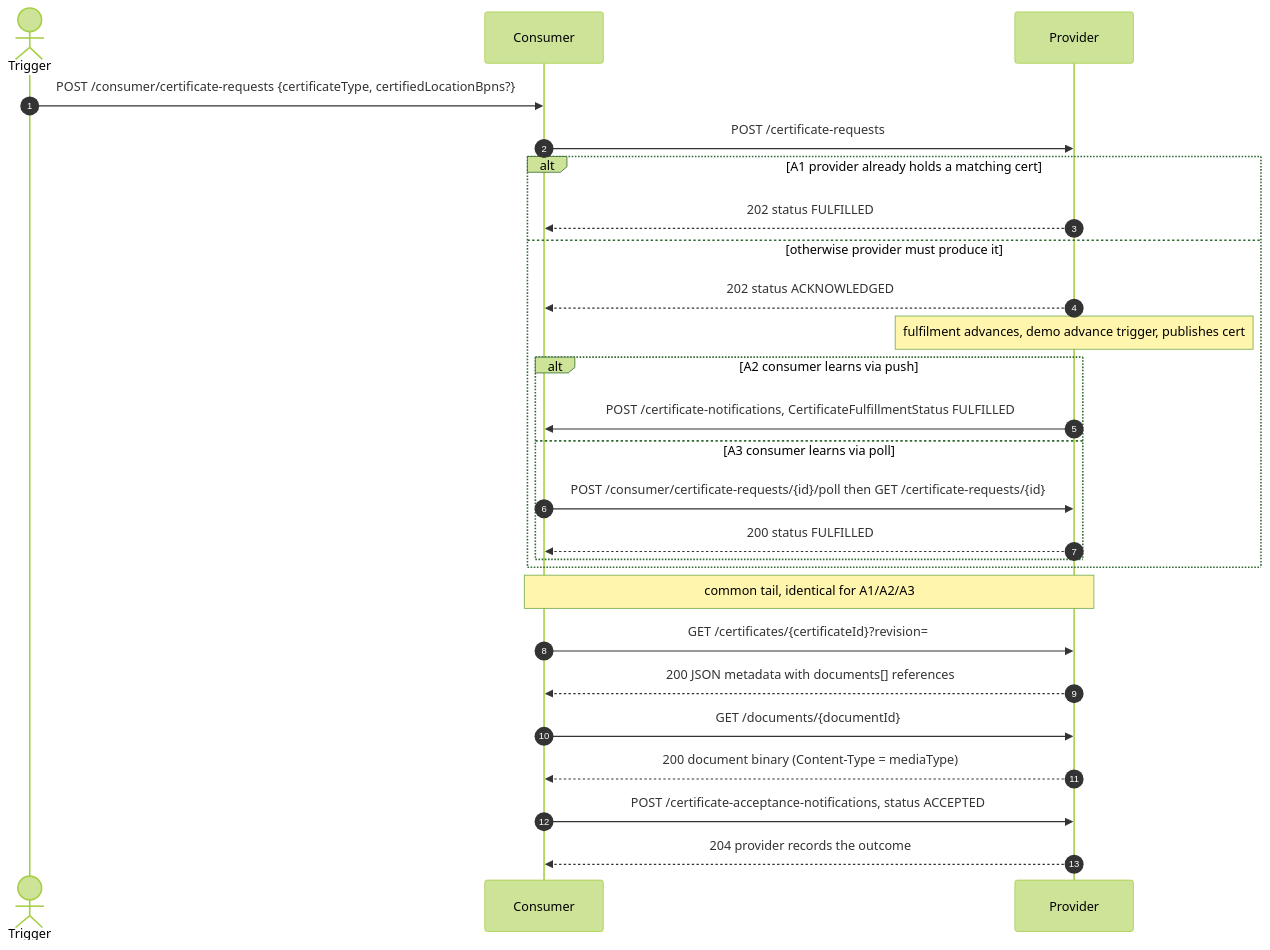
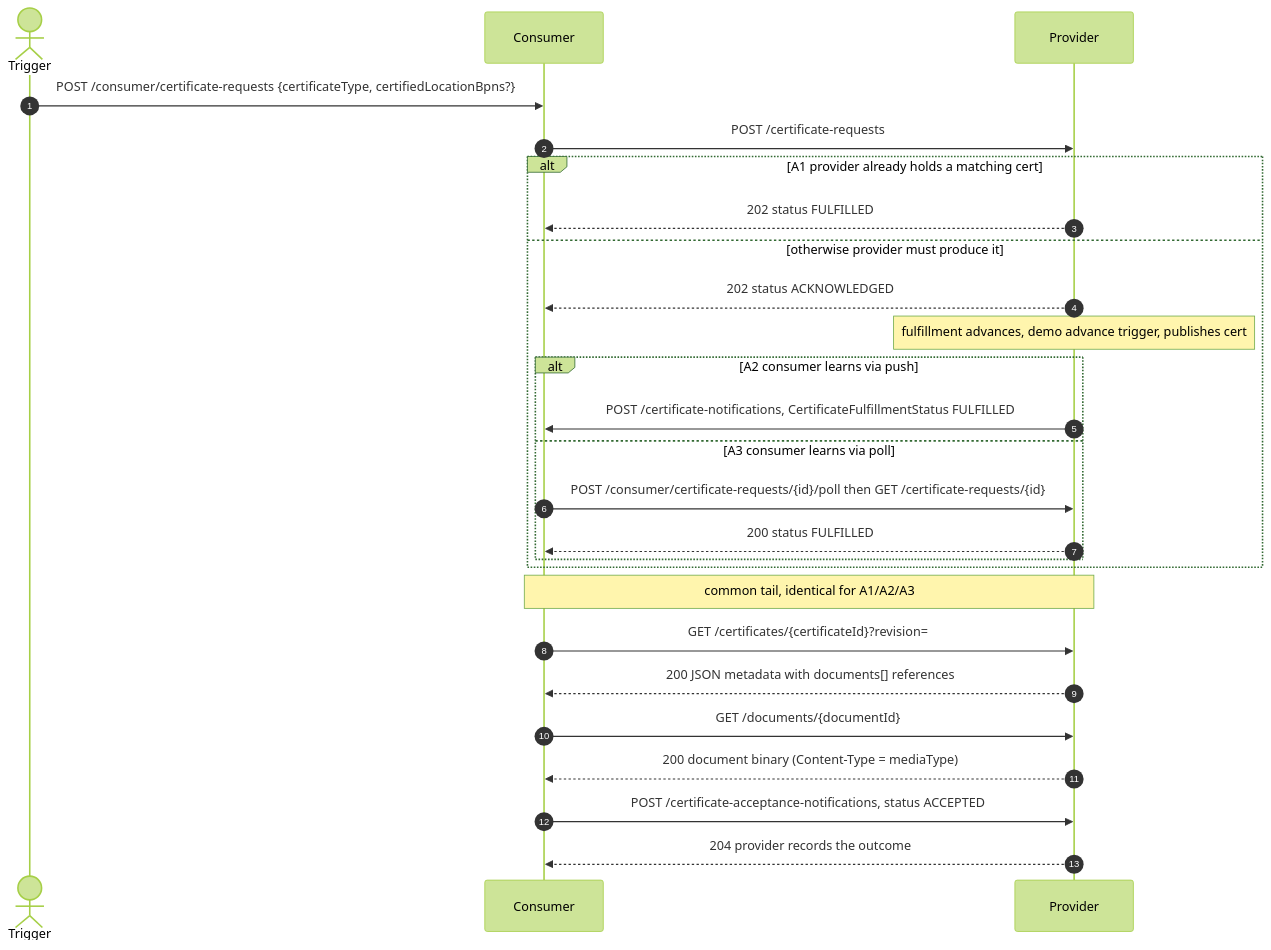
Before and after one commit to Metaform/certo: the second of 5 diagrams in docs/FLOWS.md, drawn with Mermaid (forest theme). The commit also changed other lines of this file and 79 other files, not shown here.

````diff
--- a/docs/FLOWS.md
+++ b/docs/FLOWS.md
@@ -84,28 +84,28 @@
 ```mermaid
 sequenceDiagram
     autonumber
     actor T as Trigger
     participant C as Consumer
     participant P as Provider
     T->>C: POST /consumer/certificate-requests {certificateType, certifiedLocationBpns?}
     C->>P: POST /certificate-requests
     alt A1 provider already holds a matching cert
         P-->>C: 202 status FULFILLED
     else otherwise provider must produce it
         P-->>C: 202 status ACKNOWLEDGED
-        Note over P: fulfilment advances, demo advance trigger, publishes cert
+        Note over P: fulfillment advances, demo advance trigger, publishes cert
         alt A2 consumer learns via push
             P->>C: POST /certificate-notifications, CertificateFulfillmentStatus FULFILLED
         else A3 consumer learns via poll
             C->>P: POST /consumer/certificate-requests/{id}/poll then GET /certificate-requests/{id}
             P-->>C: 200 status FULFILLED
         end
     end
     Note over C,P: common tail, identical for A1/A2/A3
     C->>P: GET /certificates/{certificateId}?revision=
     P-->>C: 200 JSON metadata with documents[] references
     C->>P: GET /documents/{documentId}
     P-->>C: 200 document binary (Content-Type = mediaType)
     C->>P: POST /certificate-acceptance-notifications, status ACCEPTED
     P-->>C: 204 provider records the outcome
 ```
````
